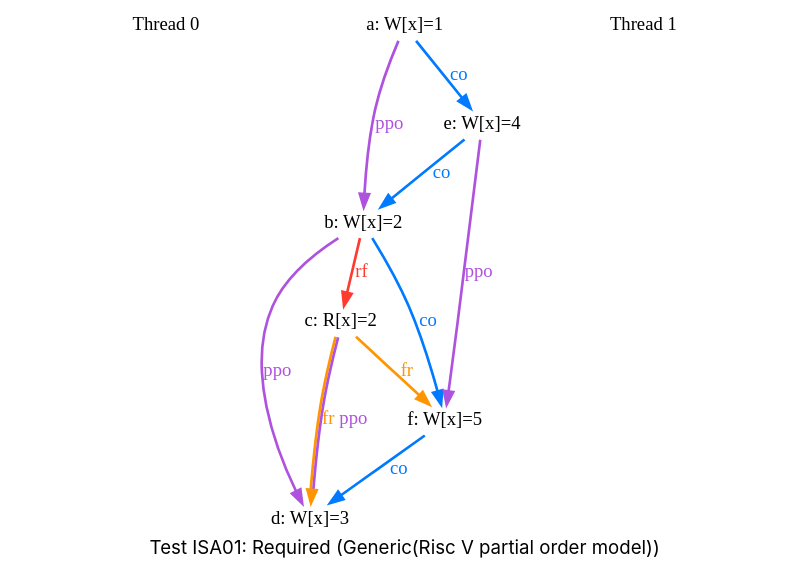
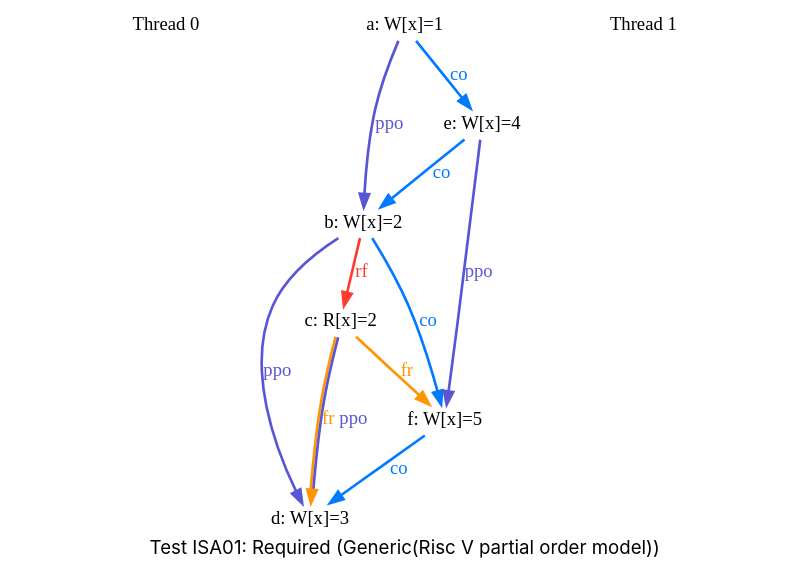
One commit to jiangshengdev/rcore changed the diagram in docs/example/_assets/images/light/ISA01/graph_10.dot. Above: the diagram before and after it, drawn with Graphviz. The commit also changed 104 other files, not shown here.

```diff
--- a/docs/example/_assets/images/light/ISA01/graph_10.dot
+++ b/docs/example/_assets/images/light/ISA01/graph_10.dot
@@ -1,42 +1,42 @@
 digraph G {
 
 splines=spline;
 pad="0.000000";
 fontname="SF Pro Display";
 
 /* legend */
 fontsize=14;
 label="Test ISA01: Required (Generic(Risc V partial order model))";
 
 
 /* the unlocked events */
 proc0_label_node [shape=none, fontsize=14, label="Thread 0", pos="1.000000,4.050000!", fixedsize=true, width=3.250000, height=0.281250]
 eiid0 [label="a: W[x]=1", shape="none", fontsize=14, pos="1.000000,3.375000!", fixedsize="false", height="0.194444", width="1.166667"];
 eiid1 [label="b: W[x]=2", shape="none", fontsize=14, pos="1.000000,2.250000!", fixedsize="false", height="0.194444", width="1.166667"];
 eiid2 [label="c: R[x]=2", shape="none", fontsize=14, pos="1.000000,1.125000!", fixedsize="false", height="0.194444", width="1.166667"];
 eiid3 [label="d: W[x]=3", shape="none", fontsize=14, pos="1.000000,0.000000!", fixedsize="false", height="0.194444", width="1.166667"];
 proc1_label_node [shape=none, fontsize=14, label="Thread 1", pos="6.000000,4.050000!", fixedsize=true, width=3.250000, height=0.281250]
 eiid4 [label="e: W[x]=4", shape="none", fontsize=14, pos="6.000000,3.375000!", fixedsize="false", height="0.194444", width="1.166667"];
 eiid5 [label="f: W[x]=5", shape="none", fontsize=14, pos="6.000000,2.250000!", fixedsize="false", height="0.194444", width="1.166667"];
 
 /* the intra_causality_data edges */
 
 
 /* the intra_causality_control edges */
 
 /* the poi edges */
 /* the rfmap edges */
 
 
 /* The viewed-before edges */
-eiid0 -> eiid1 [label=<<font color="#AF52DE">ppo</font>>, color="#AF52DE", fontsize=14, penwidth="2.000000", arrowsize="1.000000"];
+eiid0 -> eiid1 [label=<<font color="#5856D6">ppo</font>>, color="#5856D6", fontsize=14, penwidth="2.000000", arrowsize="1.000000"];
 eiid0 -> eiid4 [label=<<font color="#007AFF">co</font>>, color="#007AFF", fontsize=14, penwidth="2.000000", arrowsize="1.000000"];
 eiid1 -> eiid2 [label=<<font color="#FF3B30">rf</font>>, color="#FF3B30", fontsize=14, penwidth="2.000000", arrowsize="1.000000"];
-eiid1 -> eiid3 [label=<<font color="#AF52DE">ppo</font>>, color="#AF52DE", fontsize=14, penwidth="2.000000", arrowsize="1.000000"];
+eiid1 -> eiid3 [label=<<font color="#5856D6">ppo</font>>, color="#5856D6", fontsize=14, penwidth="2.000000", arrowsize="1.000000"];
 eiid1 -> eiid5 [label=<<font color="#007AFF">co</font>>, color="#007AFF", fontsize=14, penwidth="2.000000", arrowsize="1.000000"];
-eiid2 -> eiid3 [label=<<font color="#FF9500">fr</font><font color="#AF52DE">ppo</font>>, color="#FF9500:#AF52DE", fontsize=14, penwidth="2.000000", arrowsize="1.000000"];
+eiid2 -> eiid3 [label=<<font color="#FF9500">fr</font><font color="#5856D6">ppo</font>>, color="#FF9500:#5856D6", fontsize=14, penwidth="2.000000", arrowsize="1.000000"];
 eiid2 -> eiid5 [label=<<font color="#FF9500">fr</font>>, color="#FF9500", fontsize=14, penwidth="2.000000", arrowsize="1.000000"];
 eiid4 -> eiid1 [label=<<font color="#007AFF">co</font>>, color="#007AFF", fontsize=14, penwidth="2.000000", arrowsize="1.000000"];
-eiid4 -> eiid5 [label=<<font color="#AF52DE">ppo</font>>, color="#AF52DE", fontsize=14, penwidth="2.000000", arrowsize="1.000000"];
+eiid4 -> eiid5 [label=<<font color="#5856D6">ppo</font>>, color="#5856D6", fontsize=14, penwidth="2.000000", arrowsize="1.000000"];
 eiid5 -> eiid3 [label=<<font color="#007AFF">co</font>>, color="#007AFF", fontsize=14, penwidth="2.000000", arrowsize="1.000000"];
 }
```
